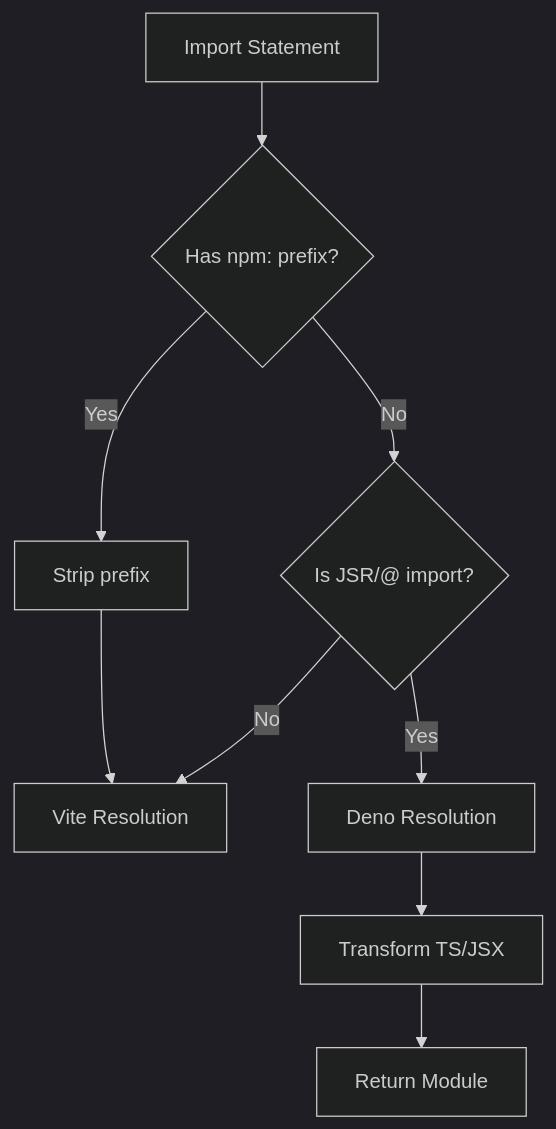
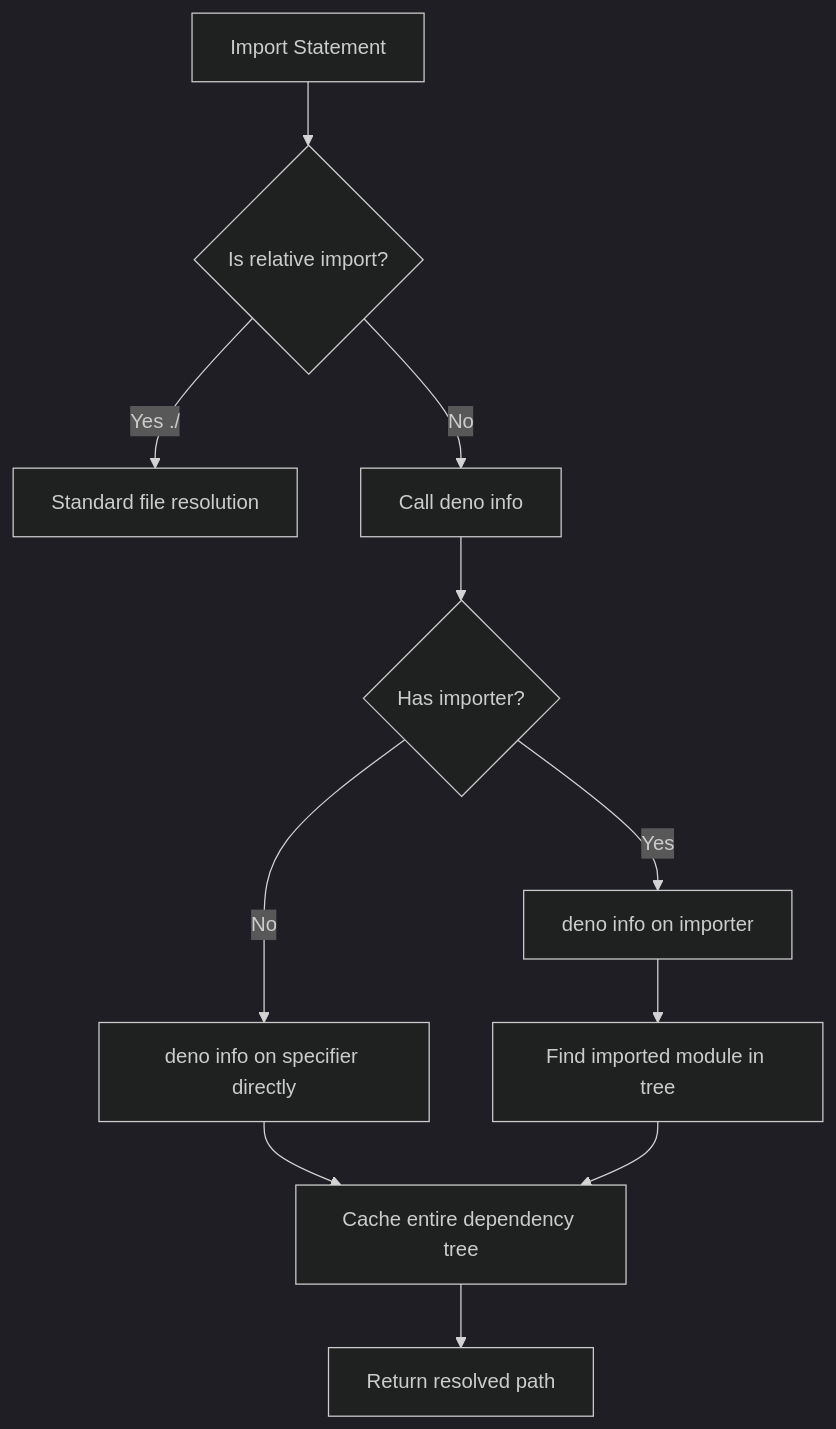
One commit to paideia-ai/deno-vite-utils changed the diagram in proposals/RFC-00-initial-design.md. Above: the diagram before and after it, drawn with Mermaid (dark theme). The commit also changed other lines of this file and 2 other files, not shown here.

````diff
--- a/proposals/RFC-00-initial-design.md
+++ b/proposals/RFC-00-initial-design.md
@@ -57,11 +51,13 @@
 ```mermaid
 graph TD
-    A[Import Statement] --> B{Has npm: prefix?}
-    B -->|Yes| C[Strip prefix]
-    B -->|No| D{Is JSR/@ import?}
-    C --> E[Vite Resolution]
-    D -->|Yes| F[Deno Resolution]
-    D -->|No| E
-    F --> G[Transform TS/JSX]
-    G --> H[Return Module]
+    A[Import Statement] --> B{Is relative import?}
+    B -->|Yes ./| C[Standard file resolution]
+    B -->|No| D[Call deno info]
+    D --> E{Has importer?}
+    E -->|No| F[deno info on specifier directly]
+    E -->|Yes| G[deno info on importer]
+    G --> H[Find imported module in tree]
+    F --> I[Cache entire dependency tree]
+    H --> I
+    I --> J[Return resolved path]
 ```
````
